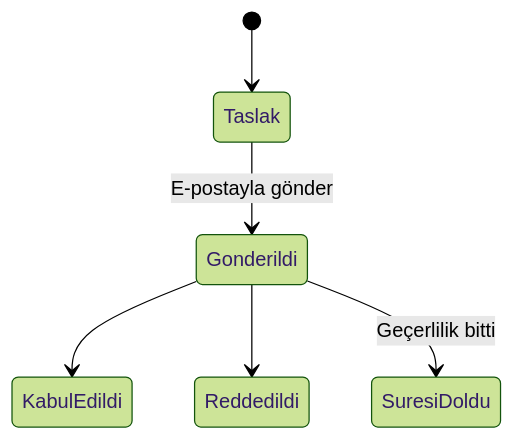
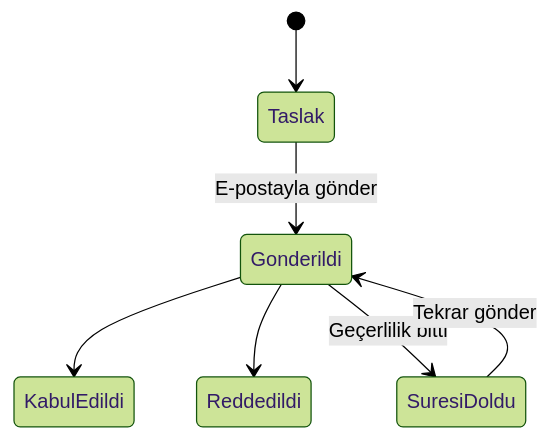
Before and after one commit to canberkcelik00/musteri-takip: the first of 2 diagrams in docs/PRD.md, drawn with Mermaid (forest theme). The commit also changed other lines of this file and 4 other files, not shown here.

````diff
--- a/docs/PRD.md
+++ b/docs/PRD.md
@@ -120,8 +120,9 @@
 ```mermaid
 stateDiagram-v2
     [*] --> Taslak
     Taslak --> Gonderildi: E-postayla gönder
     Gonderildi --> KabulEdildi
     Gonderildi --> Reddedildi
     Gonderildi --> SuresiDoldu: Geçerlilik bitti
+    SuresiDoldu --> Gonderildi: Tekrar gönder
 ```
````
